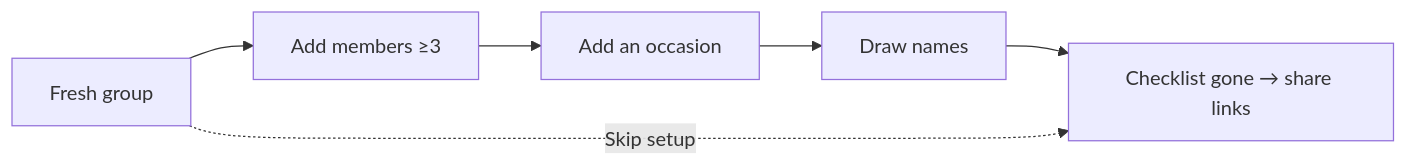
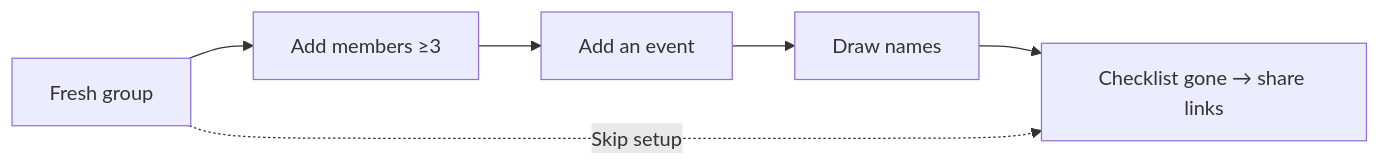
Before and after one commit to CircleTools-ch/circletools-suite: the diagram in docs/features/FEAT-019-getting-started-checklist.md, drawn with Mermaid. The commit also changed other lines of this file and 7 other files, not shown here.

First line of the commit message:
Rename "occasion" to "event" across codebase and docs

````diff
--- a/docs/features/FEAT-019-getting-started-checklist.md
+++ b/docs/features/FEAT-019-getting-started-checklist.md
@@ -50,8 +50,8 @@
 ```mermaid
 flowchart LR
     A[Fresh group] --> B[Add members ≥3]
-    B --> C[Add an occasion]
+    B --> C[Add an event]
     C --> D[Draw names]
     D --> E[Checklist gone → share links]
     A -. Skip setup .-> E
 ```
````
